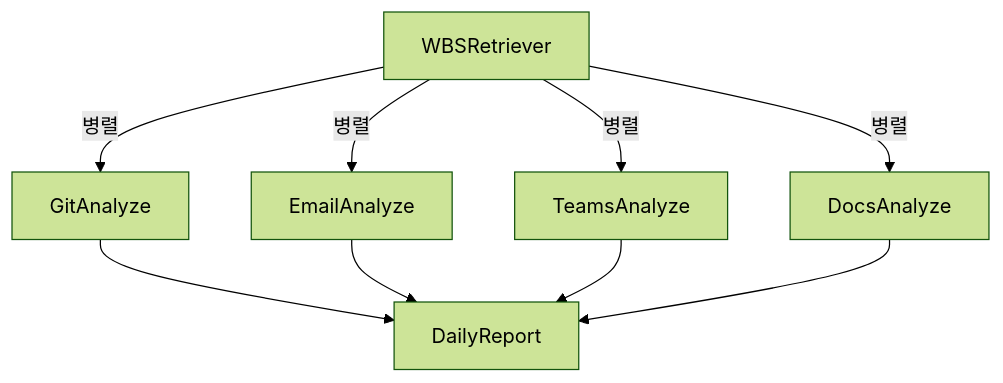
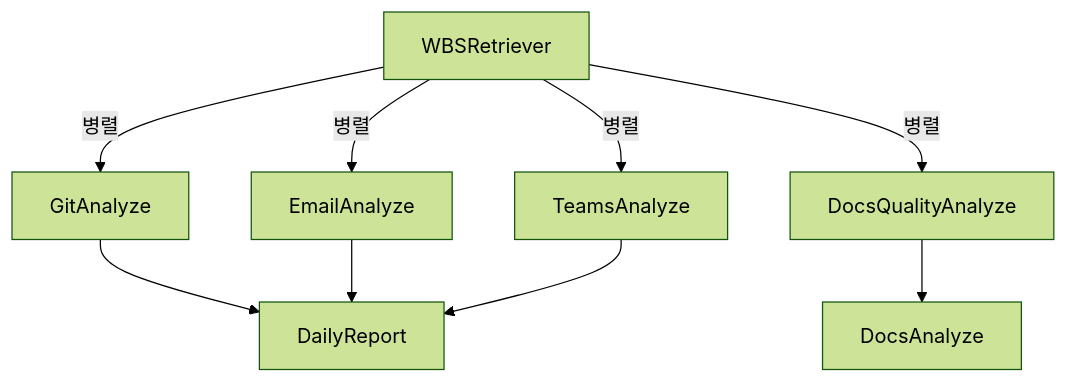
One commit to skala-yAXim/AI-end changed the second of 4 diagrams in README.md. Above: the diagram before and after it, drawn with Mermaid (forest theme). The commit also changed other lines of this file, not shown here.

Commit message:
feat: 머메이드 수정 및 에이전트 작성

````diff
--- a/README.md
+++ b/README.md
@@ -103,11 +104,11 @@
  ```mermaid
 graph TD;
     WBSRetriever -->|병렬| GitAnalyze
     WBSRetriever -->|병렬| EmailAnalyze
     WBSRetriever -->|병렬| TeamsAnalyze
-    WBSRetriever -->|병렬| DocsAnalyze
+    WBSRetriever -->|병렬| DocsQualityAnalyze
     GitAnalyze --> DailyReport
     EmailAnalyze --> DailyReport
     TeamsAnalyze --> DailyReport
-    DocsAnalyze --> DailyReport
+    DocsQualityAnalyze --> DocsAnalyze
 ```
````
